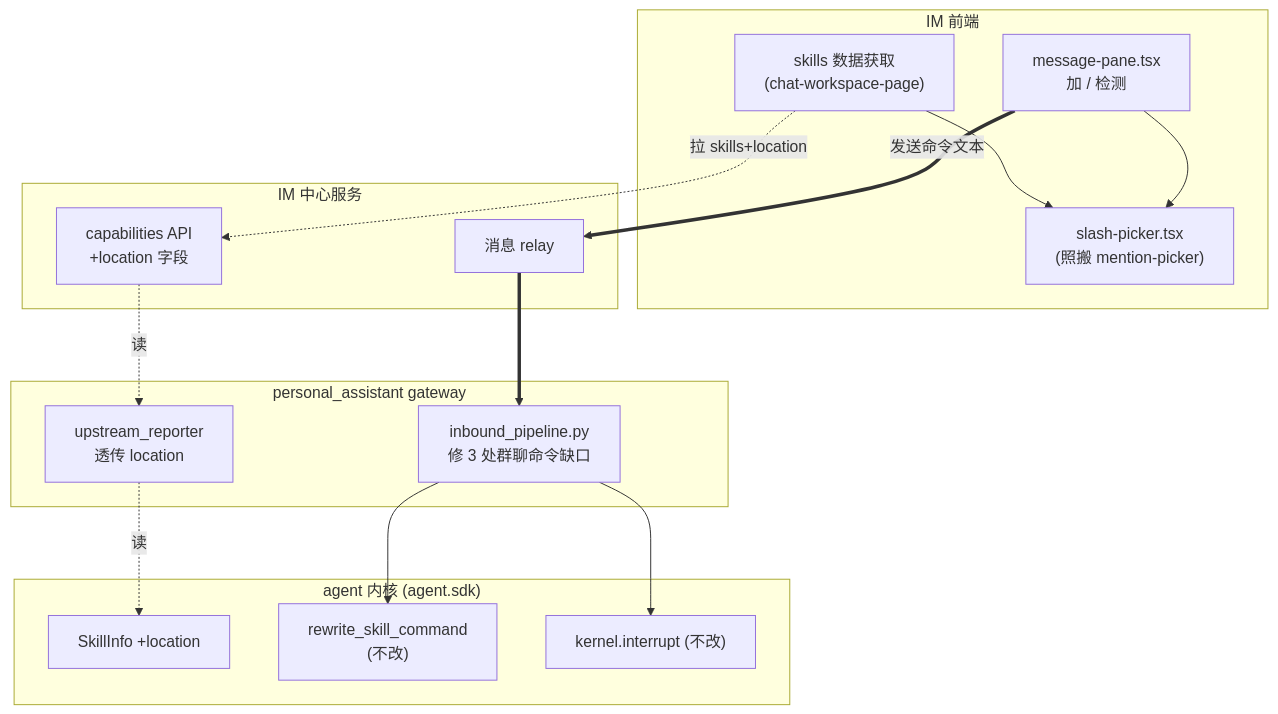
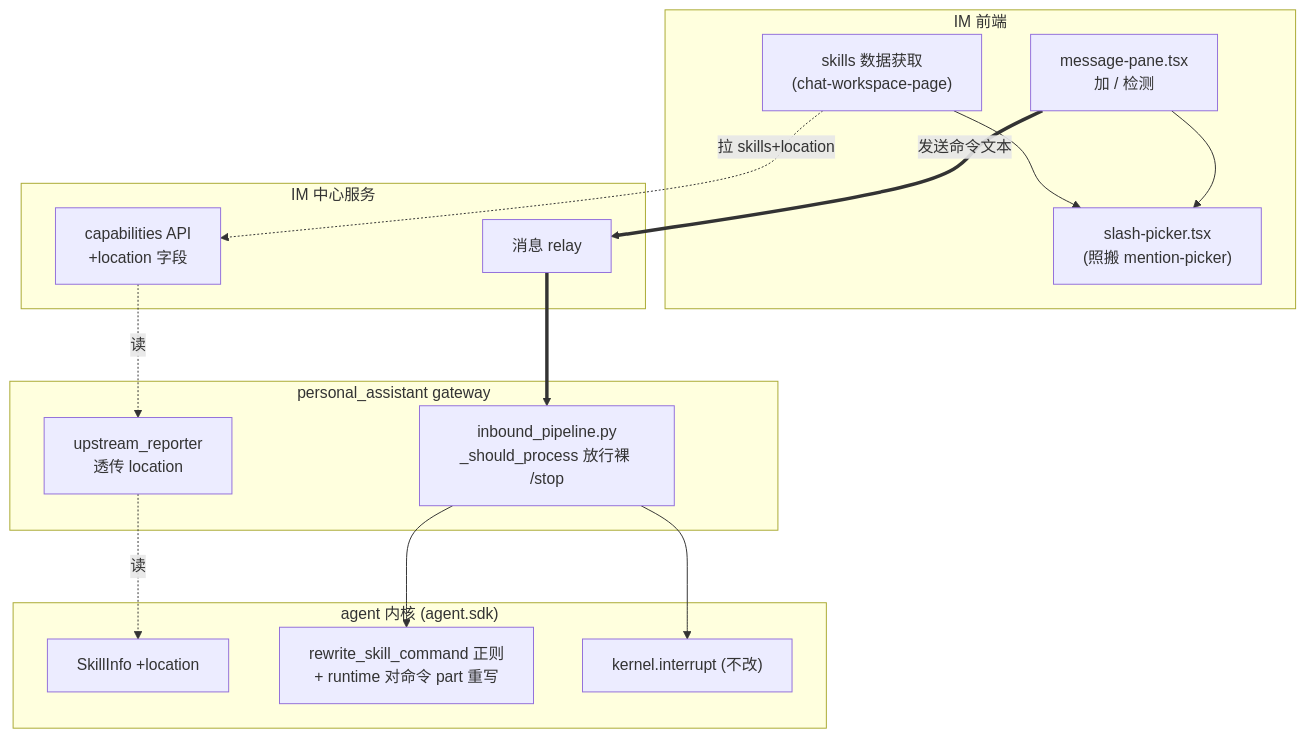
Before and after one commit to Mrchen116/nano-multiagent: the first of 2 diagrams in docs/changes/feat-430-im-slash-skill-picker/design.md, drawn with Mermaid. The commit also changed other lines of this file and 3 other files, not shown here.

````diff
--- a/docs/changes/feat-430-im-slash-skill-picker/design.md
+++ b/docs/changes/feat-430-im-slash-skill-picker/design.md
@@ -52,29 +53,29 @@
 ```mermaid
 graph TD
   subgraph FE["IM 前端"]
     MP["message-pane.tsx<br/>加 / 检测"]
     SP["slash-picker.tsx<br/>(照搬 mention-picker)"]
     HOOK["skills 数据获取<br/>(chat-workspace-page)"]
     MP --> SP
     HOOK --> SP
   end
   subgraph IM["IM 中心服务"]
     CAP["capabilities API<br/>+location 字段"]
     RELAY["消息 relay"]
   end
   subgraph GW["personal_assistant gateway"]
-    INB["inbound_pipeline.py<br/>修 3 处群聊命令缺口"]
+    INB["inbound_pipeline.py<br/>_should_process 放行裸 /stop"]
     RPT["upstream_reporter<br/>透传 location"]
   end
   subgraph K["agent 内核 (agent.sdk)"]
     DTO["SkillInfo +location"]
-    REW["rewrite_skill_command<br/>(不改)"]
+    REW["rewrite_skill_command 正则<br/>+ runtime 对命令 part 重写"]
     INT["kernel.interrupt (不改)"]
   end
   HOOK -.拉 skills+location.-> CAP
   CAP -.读.-> RPT
   RPT -.读.-> DTO
   MP ==发送命令文本==> RELAY ==> INB
   INB --> REW
   INB --> INT
 ```
````
